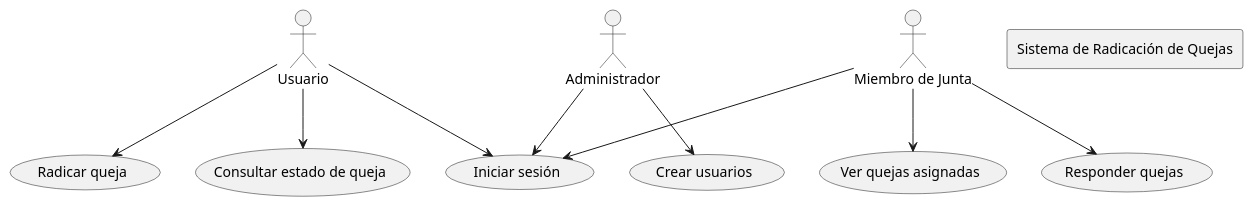
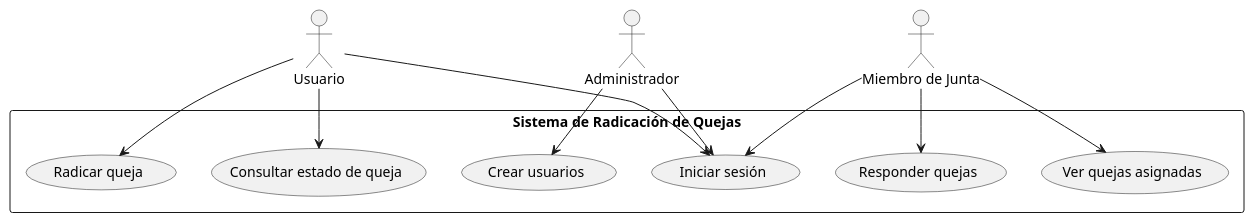
The diagram in umlUseCaseRegister.puml (sebastian164/UMLDocumentation), drawn with PlantUML before and after one commit.

Commit message:
fead: add example

```diff
--- a/umlUseCaseRegister.puml
+++ b/umlUseCaseRegister.puml
@@ -1,28 +1,27 @@
 @startuml
 
 actor Usuario
 actor Administrador
 actor "Miembro de Junta" as Junta
 
-rectangle "Sistema de Radicación de Quejas" 
-
+rectangle "Sistema de Radicación de Quejas" {
     usecase "Iniciar sesión" as UC0
     usecase "Radicar queja" as UC1
     usecase "Consultar estado de queja" as UC2
     usecase "Crear usuarios" as UC3
     usecase "Ver quejas asignadas" as UC4
     usecase "Responder quejas" as UC5
-
+}
 
 Usuario --> UC0
 Usuario --> UC1
 Usuario --> UC2
 
 Administrador --> UC0
 Administrador --> UC3
 
 Junta --> UC0
 Junta --> UC4
 Junta --> UC5
 
 @enduml
```
